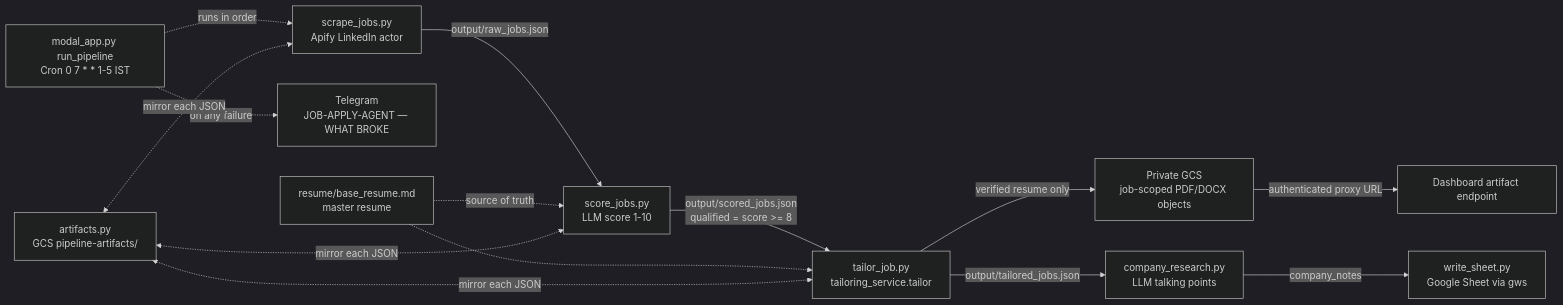
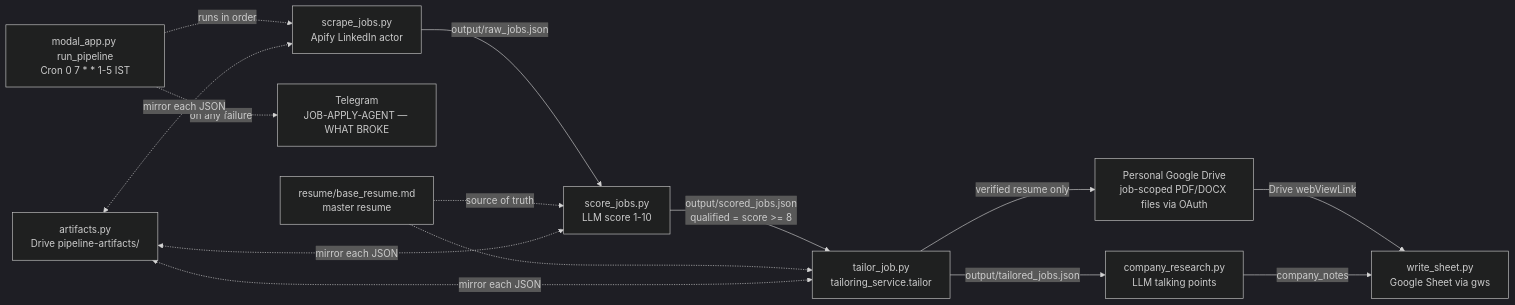
One commit to Akhilraju363/job-application-ai-agent changed the diagram in docs/ARCHITECTURE.md. Above: the diagram before and after it, drawn with Mermaid (dark theme). The commit also changed other lines of this file and 32 other files, not shown here.

Commit message:
fix(storage): restore personal Google Drive OAuth storage

````diff
--- a/docs/ARCHITECTURE.md
+++ b/docs/ARCHITECTURE.md
@@ -5,14 +5,14 @@
 ```mermaid
 flowchart LR
     A[scrape_jobs.py<br/>Apify LinkedIn actor] -->|output/raw_jobs.json| B[score_jobs.py<br/>LLM score 1-10]
     B -->|output/scored_jobs.json<br/>qualified = score >= 8| C[tailor_job.py<br/>tailoring_service.tailor]
-    C -->|verified resume only| D[Private GCS<br/>job-scoped PDF/DOCX objects]
-    D -->|authenticated proxy URL| V[Dashboard artifact endpoint]
+    C -->|verified resume only| D[Personal Google Drive<br/>job-scoped PDF/DOCX files via OAuth]
+    D -->|Drive webViewLink| F
     C -->|output/tailored_jobs.json| E[company_research.py<br/>LLM talking points]
     E -->|company_notes| F[write_sheet.py<br/>Google Sheet via gws]
     M[modal_app.py run_pipeline<br/>Cron 0 7 * * 1-5 IST] -.runs in order.-> A
     M -.on any failure.-> T[Telegram<br/>JOB-APPLY-AGENT — WHAT BROKE]
     R[resume/base_resume.md<br/>master resume] -.source of truth.-> B
     R -.-> C
-    X[artifacts.py<br/>GCS pipeline-artifacts/] <-.mirror each JSON.-> A & B & C
+    X[artifacts.py<br/>Drive pipeline-artifacts/] <-.mirror each JSON.-> A & B & C
 ```
````
